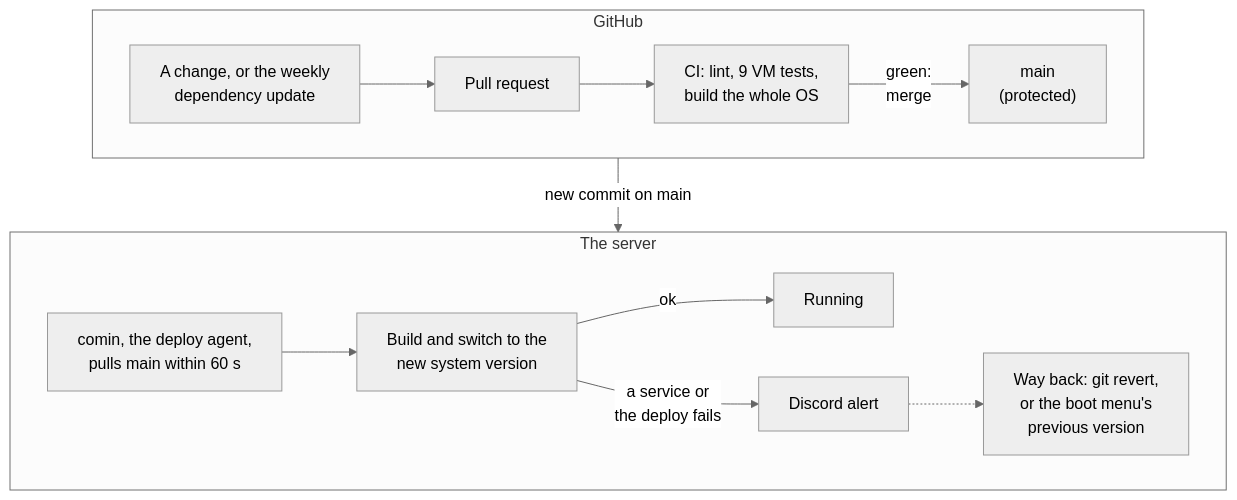
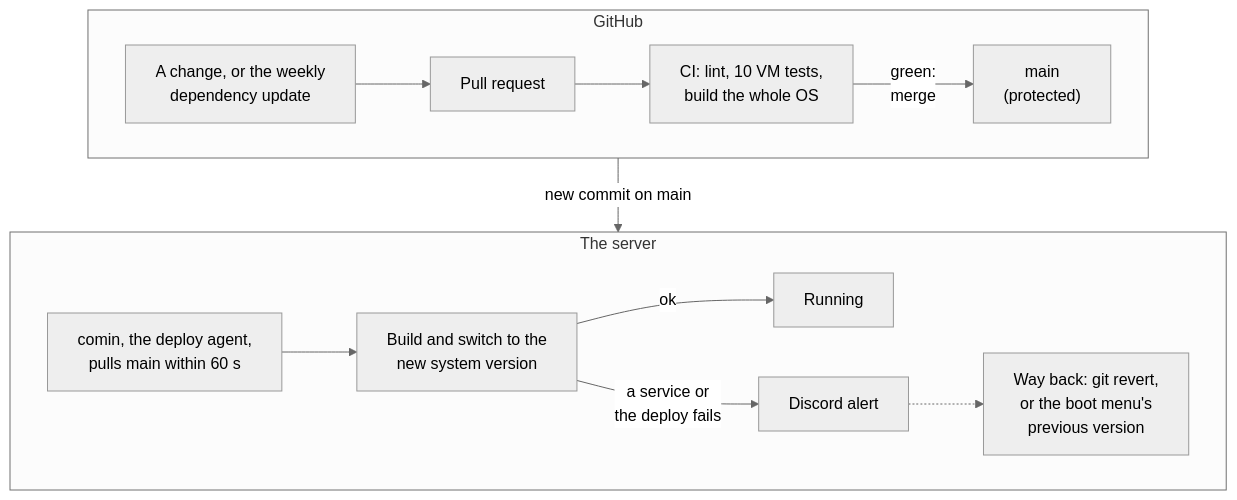
Before and after one commit to alexCranfield/nixos-homeserver: the first of 2 diagrams in README.md, drawn with Mermaid (neutral theme). The commit also changed other lines of this file and 19 other files, not shown here.

````diff
--- a/README.md
+++ b/README.md
@@ -17,22 +17,22 @@
 ```mermaid
 flowchart TD
     subgraph github["GitHub"]
         direction LR
         bot["A change, or the weekly<br/>dependency update"]
         pr["Pull request"]
-        ci["CI: lint, 9 VM tests,<br/>build the whole OS"]
+        ci["CI: lint, 10 VM tests,<br/>build the whole OS"]
         main["main<br/>(protected)"]
         bot --> pr --> ci -->|"green:<br/>merge"| main
     end
     subgraph nuc["The server"]
         direction LR
         comin["comin, the deploy agent,<br/>pulls main within 60 s"]
         switch["Build and switch to the<br/>new system version"]
         running["Running"]
         alert["Discord alert"]
         back["Way back: git revert,<br/>or the boot menu's<br/>previous version"]
         comin --> switch -->|ok| running
         switch -->|"a service or<br/>the deploy fails"| alert -.-> back
     end
     github -->|"new commit on main"| nuc
 ```
````
